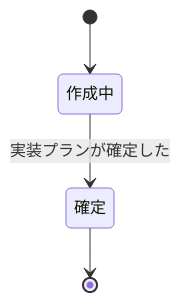
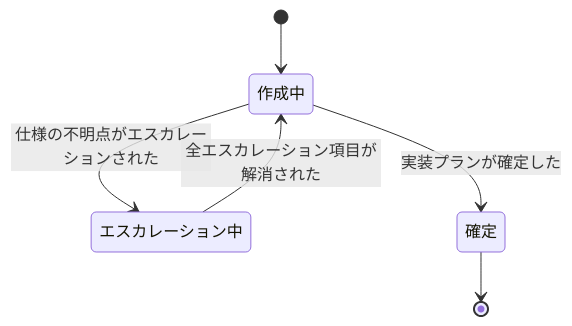
The first of 5 diagrams in docs/development/event-storming.md (kuchita-el/claude-shared-skills), drawn with Mermaid before and after one commit. The commit also changed other lines of this file, not shown here.

````diff
--- a/docs/development/event-storming.md
+++ b/docs/development/event-storming.md
@@ -77,6 +77,8 @@
 ```mermaid
 stateDiagram-v2
     [*] --> 作成中
+    作成中 --> エスカレーション中: 仕様の不明点がエスカレーションされた
+    エスカレーション中 --> 作成中: 全エスカレーション項目が解消された
     作成中 --> 確定: 実装プランが確定した
     確定 --> [*]
 ```
````
